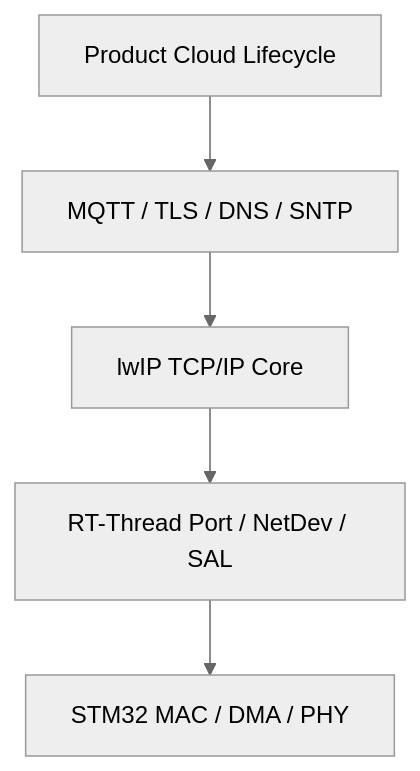
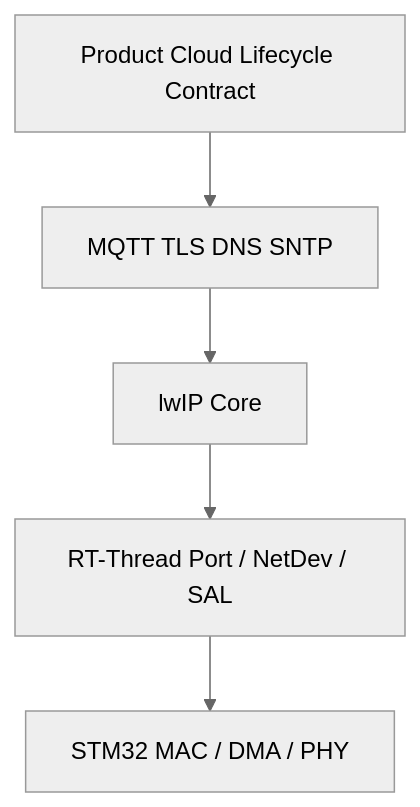
Before and after one commit to wdfk-prog/lwIP-Source-Lab: the sixth of 6 diagrams in docs/45-mcu-cloud-lifecycle.md, drawn with Mermaid (neutral theme). The commit also changed other lines of this file and 49 other files, not shown here.

````diff
--- a/docs/45-mcu-cloud-lifecycle.md
+++ b/docs/45-mcu-cloud-lifecycle.md
@@ -495,7 +327,7 @@
 ```mermaid
 flowchart TD
-    A["Product Cloud Lifecycle"] --> B["MQTT / TLS / DNS / SNTP"]
-    B --> C["lwIP TCP/IP Core"]
+    A["Product Cloud Lifecycle Contract"] --> B["MQTT TLS DNS SNTP"]
+    B --> C["lwIP Core"]
     C --> D["RT-Thread Port / NetDev / SAL"]
     D --> E["STM32 MAC / DMA / PHY"]
 ```
````
